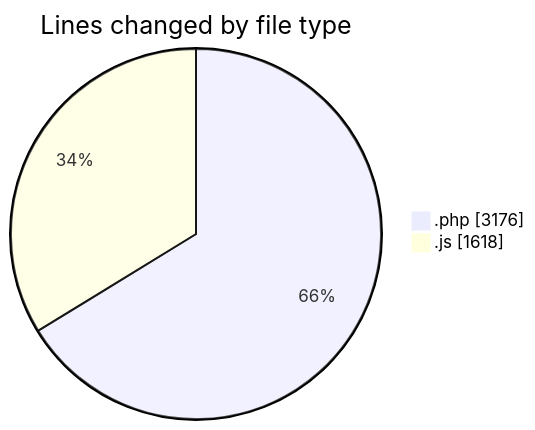
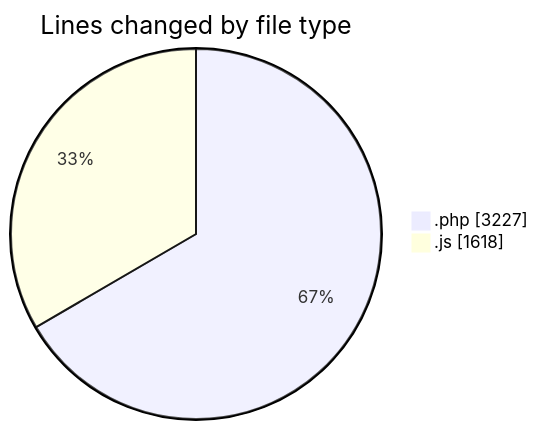
The first of 2 diagrams in 2026-07-24/untitled__workspace_/README.md (debugP/code-tracking), drawn with Mermaid before and after one commit. The commit also changed other lines of this file and 1 other file, not shown here.

````diff
--- a/2026-07-24/untitled__workspace_/README.md
+++ b/2026-07-24/untitled__workspace_/README.md
@@ -23,6 +23,6 @@
 ```mermaid
 pie showData
 title Lines changed by file type
-".php" : 3176
+".php" : 3227
 ".js" : 1618
 ```
````
